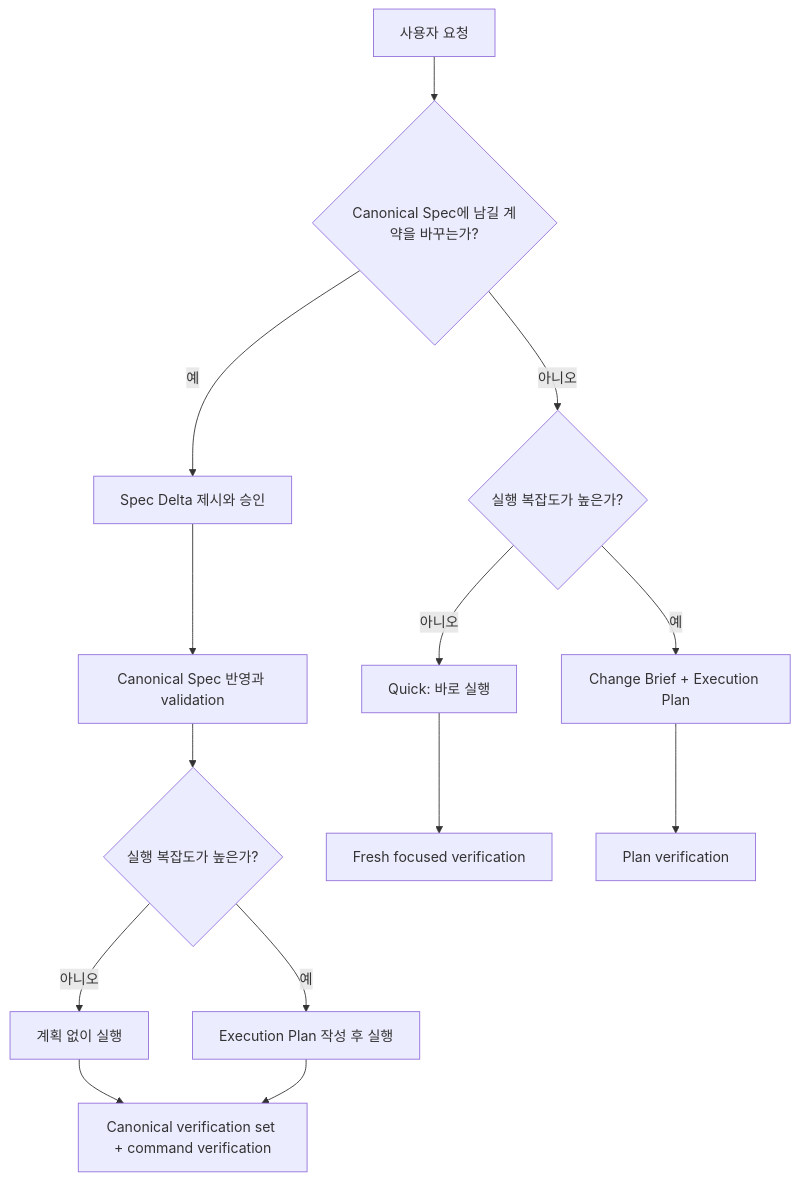
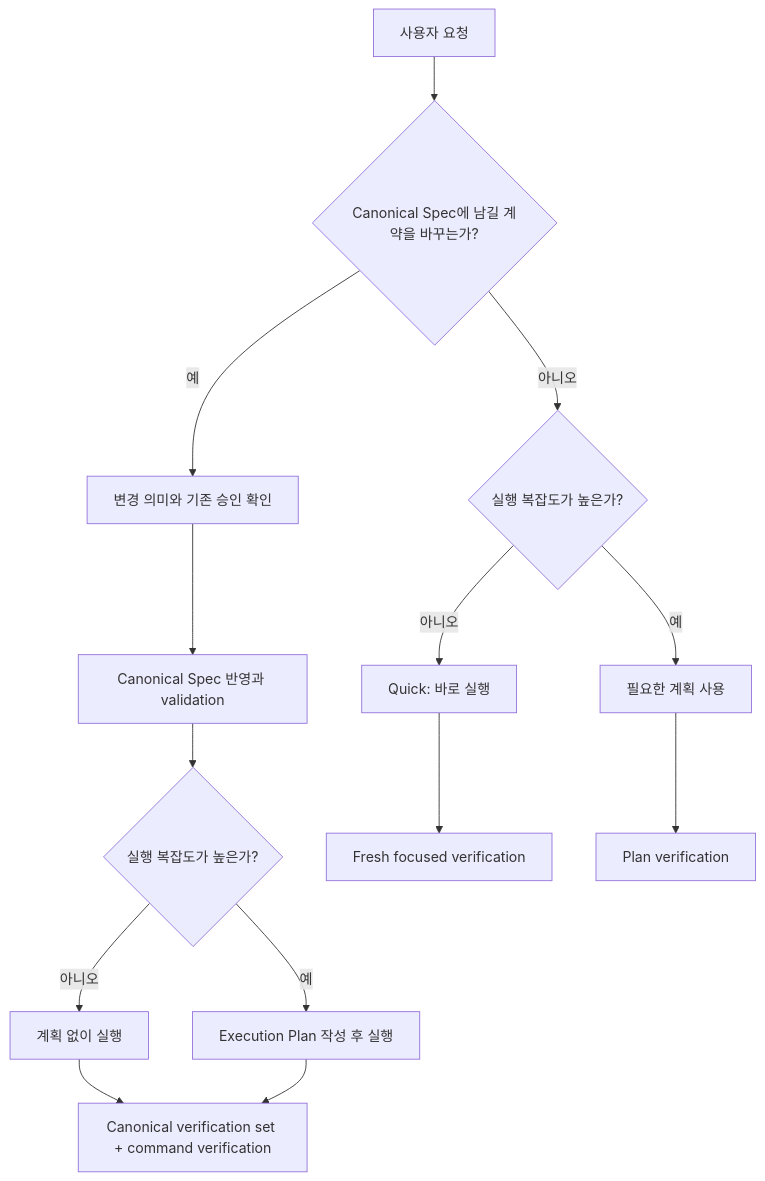
One commit to hope1026/aiagent-plugins changed the diagram in docs/specs/canonical-spec-workflow/canonical-spec-and-work-artifact-boundaries.md. Above: the diagram before and after it, drawn with Mermaid. The commit also changed other lines of this file and 58 other files, not shown here.

````diff
--- a/docs/specs/canonical-spec-workflow/canonical-spec-and-work-artifact-boundaries.md
+++ b/docs/specs/canonical-spec-workflow/canonical-spec-and-work-artifact-boundaries.md
@@ -52,16 +52,16 @@
 ```mermaid
 flowchart TD
     A["사용자 요청"] --> B{"Canonical Spec에 남길 계약을 바꾸는가?"}
     B -->|"아니오"| C{"실행 복잡도가 높은가?"}
-    B -->|"예"| D["Spec Delta 제시와 승인"]
+    B -->|"예"| D["변경 의미와 기존 승인 확인"]
     C -->|"아니오"| E["Quick: 바로 실행"]
-    C -->|"예"| F["Change Brief + Execution Plan"]
+    C -->|"예"| F["필요한 계획 사용"]
     D --> G["Canonical Spec 반영과 validation"]
     G --> H{"실행 복잡도가 높은가?"}
     H -->|"아니오"| I["계획 없이 실행"]
     H -->|"예"| J["Execution Plan 작성 후 실행"]
     E --> K["Fresh focused verification"]
     F --> L["Plan verification"]
     I --> M["Canonical verification set + command verification"]
     J --> M
 ```
````
